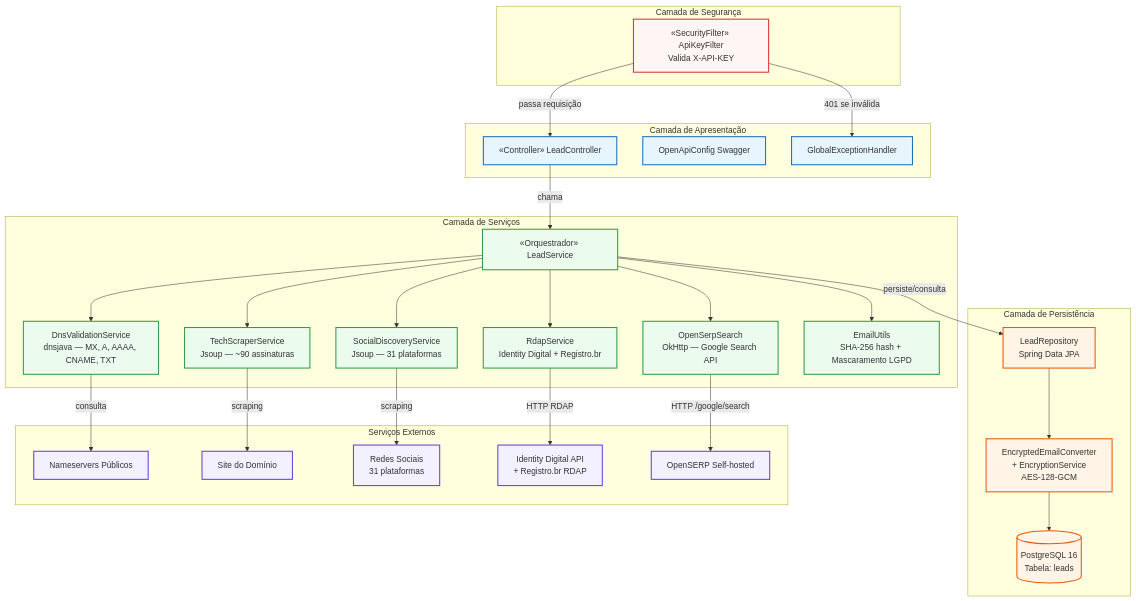
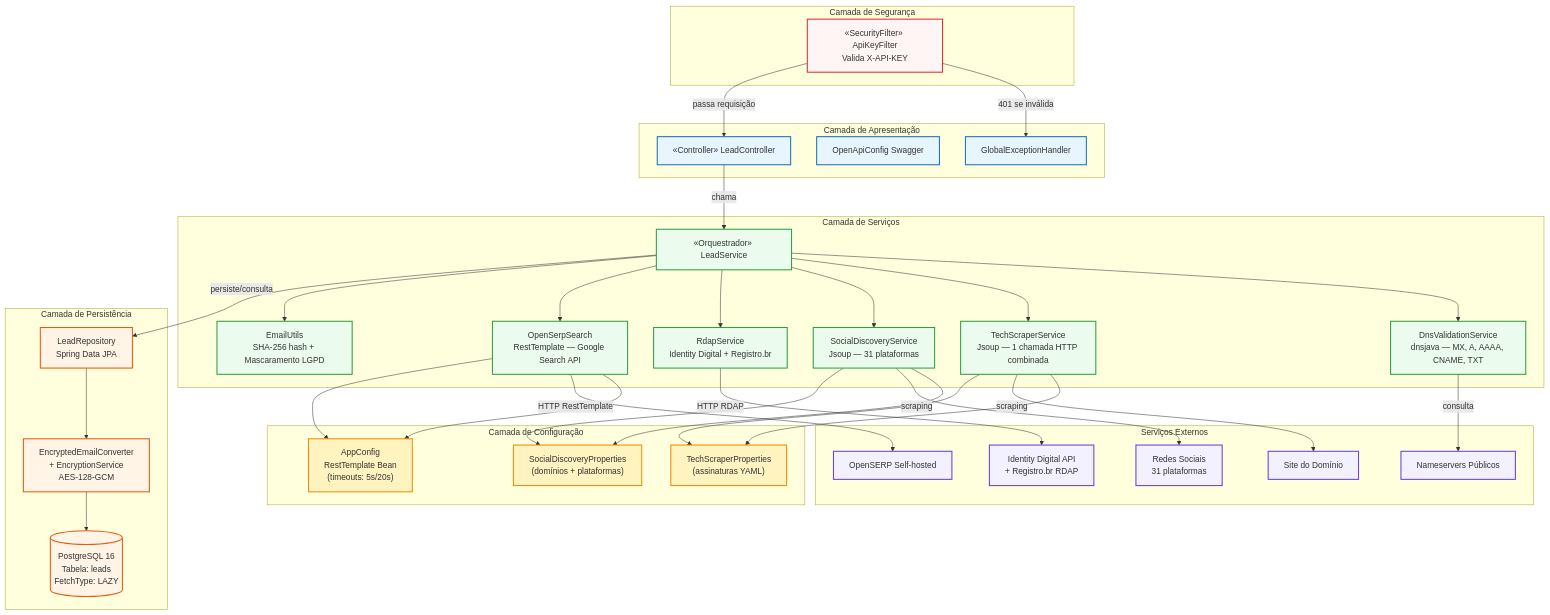
The first of 3 diagrams in docs/diagrams/mermaid-componentes-sequencia.md (pdrodavi/lead-enrichment-api), drawn with Mermaid before and after one commit. The commit also changed other lines of this file and 32 other files, not shown here.

```diff
--- a/docs/diagrams/mermaid-componentes-sequencia.md
+++ b/docs/diagrams/mermaid-componentes-sequencia.md
@@ -14,20 +14,26 @@
         AKF["«SecurityFilter» ApiKeyFilter<br/>Valida X-API-KEY"]
     end
 
+    subgraph "Camada de Configuração"
+        APP["AppConfig<br/>RestTemplate Bean<br/>(timeouts: 5s/20s)"]
+        TCP["TechScraperProperties<br/>(assinaturas YAML)"]
+        SDP["SocialDiscoveryProperties<br/>(domínios + plataformas)"]
+    end
+
     subgraph "Camada de Serviços"
         LS["«Orquestrador» LeadService"]
         DNS["DnsValidationService<br/>dnsjava — MX, A, AAAA, CNAME, TXT"]
-        TSS["TechScraperService<br/>Jsoup — ~90 assinaturas"]
+        TSS["TechScraperService<br/>Jsoup — 1 chamada HTTP combinada"]
         SDS["SocialDiscoveryService<br/>Jsoup — 31 plataformas"]
         RS["RdapService<br/>Identity Digital + Registro.br"]
-        OSS["OpenSerpSearch<br/>OkHttp — Google Search API"]
+        OSS["OpenSerpSearch<br/>RestTemplate — Google Search API"]
         EU["EmailUtils<br/>SHA-256 hash + Mascaramento LGPD"]
     end
 
     subgraph "Camada de Persistência"
         LREPO["LeadRepository<br/>Spring Data JPA"]
         EEC["EncryptedEmailConverter<br/>+ EncryptionService<br/>AES-128-GCM"]
-        DB[("PostgreSQL 16<br/>Tabela: leads")]
+        DB[("PostgreSQL 16<br/>Tabela: leads<br/>FetchType: LAZY")]
     end
 
     subgraph "Serviços Externos"
@@ -41,8 +47,11 @@
     %% Conexões
     AKF -->|401 se inválida| GEH
     AKF -->|passa requisição| LC
+    LC -->|chama| LS
 
-    LC -->|chama| LS
+    TSS --> TCP
+    SDS --> SDP
+    OSS --> APP
 
     LS --> DNS
     LS --> TSS
@@ -59,7 +68,15 @@
     TSS -->|scraping| WEB
     SDS -->|scraping| SOCIAL
     RS -->|HTTP RDAP| RDAP_API
-    OSS -->|HTTP /google/search| OPENSERP
+    OSS -->|HTTP RestTemplate| OPENSERP
+
+    TSS --> TCP
+    SDS --> SDP
+    OSS --> APP
+
+    classDef config fill:#fff3bf,stroke:#f08c00,stroke-width:2px
+
+    class APP,TCP,SDP config
 
     %% Estilo
     classDef controller fill:#e7f5ff,stroke:#1971c2,stroke-width:2px
@@ -70,6 +87,7 @@
 
     class LC,OAC,GEH controller
     class AKF security
+    class APP,TCP,SDP config
     class LS,DNS,TSS,SDS,RS,OSS,EU service
     class LREPO,EEC,DB persistence
     class NS,WEB,SOCIAL,RDAP_API,OPENSERP external
```
